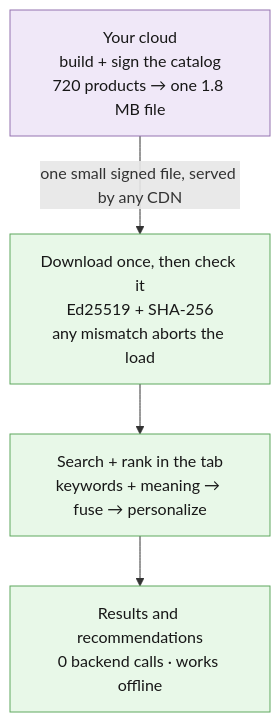
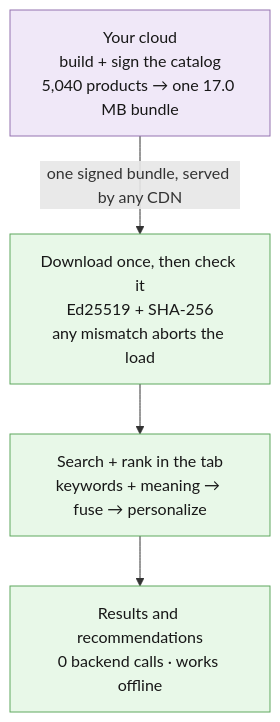
The fourth of 4 diagrams in docs/ARCHITECTURE.md (gainratio/edge-reco), drawn with Mermaid before and after one commit. The commit also changed other lines of this file and 1567 other files, not shown here.

First line of the commit message:
feat(catalog): scale demo catalog 7x to 5,040 products with Gear-CDC delta overlay

````diff
--- a/docs/ARCHITECTURE.md
+++ b/docs/ARCHITECTURE.md
@@ -302,15 +302,15 @@
 ```mermaid
 flowchart TB
-  build["Your cloud<br>build + sign the catalog<br>720 products → one 1.8 MB file"]
+  build["Your cloud<br>build + sign the catalog<br>5,040 products → one 17.0 MB bundle"]
   sync["Download once, then check it<br>Ed25519 + SHA-256<br>any mismatch aborts the load"]
   engine["Search + rank in the tab<br>keywords + meaning → fuse → personalize"]
   recs["Results and recommendations<br>0 backend calls · works offline"]
 
-  build -->|"one small signed file, served by any CDN"| sync
+  build -->|"one signed bundle, served by any CDN"| sync
   sync --> engine --> recs
 
   classDef cloud fill:#f0e8f8,stroke:#9472b0,color:#171717;
   classDef device fill:#e8f8e8,stroke:#5fa85f,color:#171717;
   class build cloud;
   class sync,engine,recs device;
 ```
````
